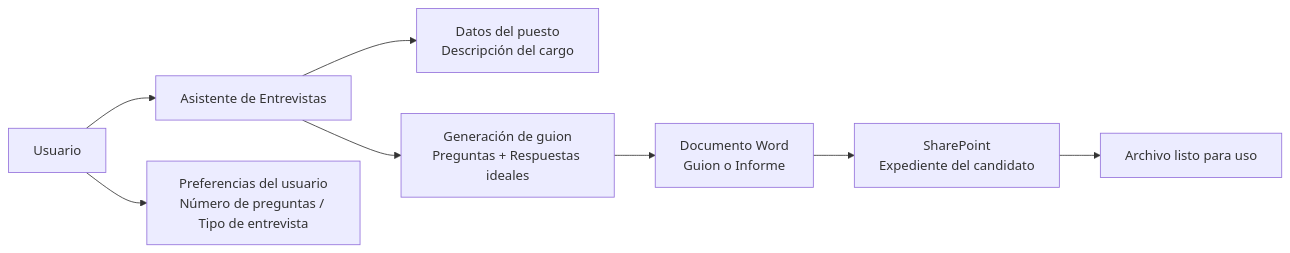
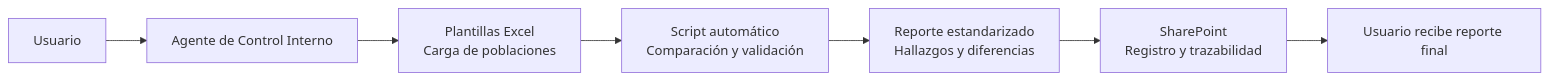
Before and after one commit to lab-innovacion-caf/Agentes: the first of 2 diagrams in README.md, drawn with Mermaid. The commit also changed other lines of this file, not shown here.

Commit message:
Readme de Control Interno

````diff
--- a/README.md
+++ b/README.md
@@ -132,10 +118,9 @@
 ```mermaid
 flowchart LR
-    U[Usuario] --> A[Asistente de Entrevistas]
-    A --> D[Datos del puesto<br>Descripción del cargo]
-    U --> P[Preferencias del usuario<br>Número de preguntas / Tipo de entrevista]
-    A --> G[Generación de guion<br>Preguntas + Respuestas ideales]
-    G --> W[Documento Word<br>Guion o Informe]
-    W --> SP[SharePoint<br>Expediente del candidato]
-    SP --> U2[Archivo listo para uso]
+    U[Usuario] --> C[Agente de Control Interno]
+    C --> X[Plantillas Excel<br>Carga de poblaciones]
+    X --> S[Script automático<br>Comparación y validación]
+    S --> R[Reporte estandarizado<br>Hallazgos y diferencias]
+    R --> SP[SharePoint<br>Registro y trazabilidad]
+    SP --> U2[Usuario recibe reporte final]
 ```
````
